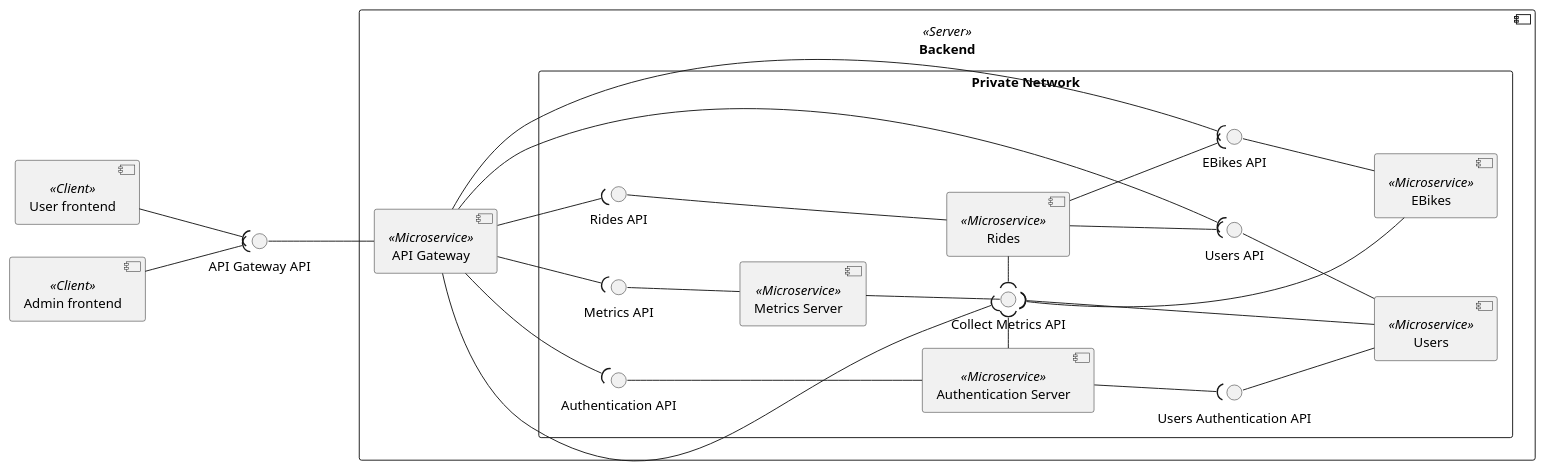
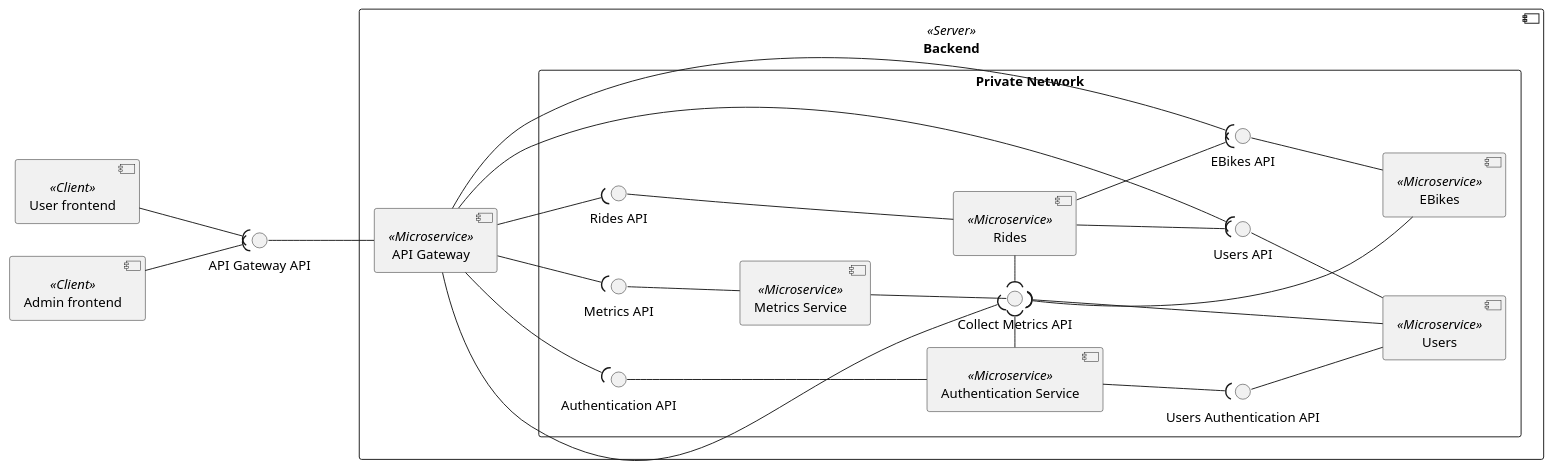
One commit to Ventus218/SAP-assignment-02 changed the diagram in doc/diagrams/src/components.puml. Above: the diagram before and after it, drawn with PlantUML. The commit also changed 10 other files, not shown here.

Commit message:
Changed usage of word server to service

```diff
--- a/doc/diagrams/src/components.puml
+++ b/doc/diagrams/src/components.puml
@@ -1,61 +1,61 @@
 @startuml components
 
 left to right direction
 
 component "User frontend" as UserFE <<Client>>
 component "Admin frontend" as AdminFE <<Client>>
 
 component Backend <<Server>> {
     component "API Gateway" <<Microservice>> as APIGateway
 
     rectangle "Private Network" {
-        component "Metrics Server" <<Microservice>> as MetricsServer
+        component "Metrics Service" <<Microservice>> as MetricsService
         interface "Metrics API" as MetricsAPI
         interface "Collect Metrics API" as CollectMetricsAPI
 
         component "EBikes" <<Microservice>> as EBikes
         interface "EBikes API" as EBikesAPI
         
         component "Users" <<Microservice>> as Users
         interface "Users API" as UsersAPI
 
         component "Rides" <<Microservice>> as Rides
         interface "Rides API" as RidesAPI
 
-        component "Authentication Server" <<Microservice>> as AuthServer
+        component "Authentication Service" <<Microservice>> as AuthService
         interface "Authentication API" as AuthAPI
         interface "Users Authentication API" as UserAuthAPI
 
         APIGateway --( MetricsAPI
         APIGateway --( CollectMetricsAPI
-        MetricsServer -u-() MetricsAPI
+        MetricsService -u-() MetricsAPI
 
-        MetricsServer --() CollectMetricsAPI
+        MetricsService --() CollectMetricsAPI
 
         APIGateway --( EBikesAPI
         EBikes -u-() EBikesAPI
         EBikes -u-( CollectMetricsAPI
 
         APIGateway --( UsersAPI
         Users -u-() UsersAPI
         Users -u-() UserAuthAPI
         Users -u-( CollectMetricsAPI
 
         APIGateway --( RidesAPI
         Rides --u-() RidesAPI
         Rides --( UsersAPI
         Rides --( EBikesAPI
         Rides -l-( CollectMetricsAPI
 
         APIGateway --( AuthAPI
-        AuthServer --u-() AuthAPI
-        AuthServer --( UserAuthAPI
-        AuthServer -r-( CollectMetricsAPI
+        AuthService --u-() AuthAPI
+        AuthService --( UserAuthAPI
+        AuthService -r-( CollectMetricsAPI
     }
 }
 
 APIGateway -u-() "API Gateway API"
 UserFE --( "API Gateway API"
 AdminFE --( "API Gateway API"
 
 @enduml
```
